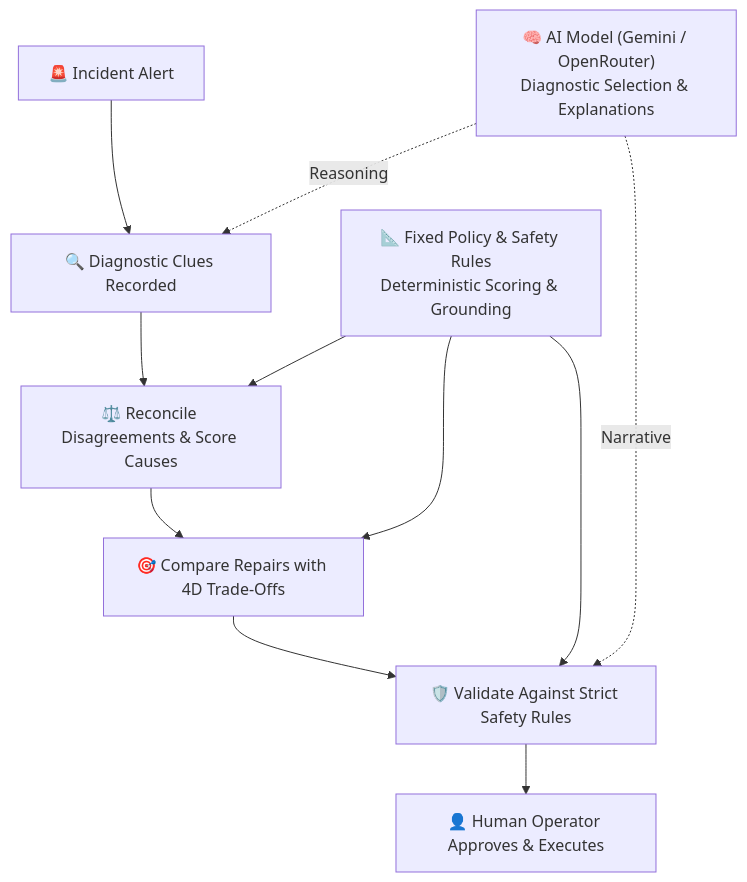
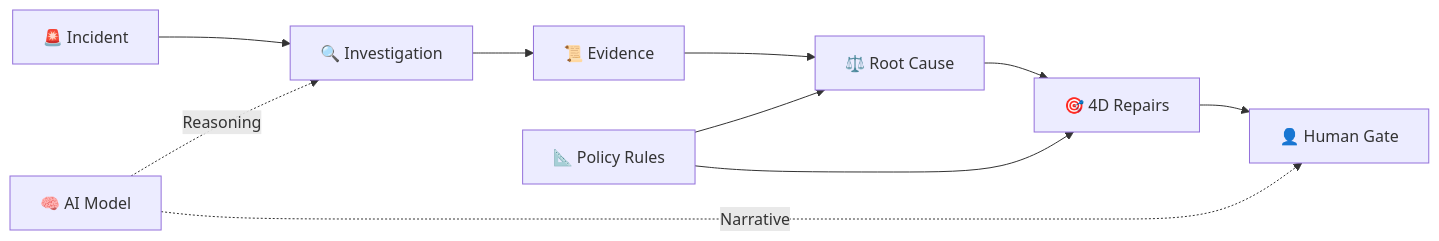
The third of 3 diagrams in README.md (AnasBabari/LEC_AI), drawn with Mermaid before and after one commit. The commit also changed other lines of this file, not shown here.

First line of the commit message:
docs(readme): streamline Mermaid diagrams into compact, clean, readable layouts

````diff
--- a/README.md
+++ b/README.md
@@ -146,14 +114,13 @@
 ```mermaid
-flowchart TD
-    A["🚨 Incident Alert"] --> B["🔍 Diagnostic Clues Recorded"]
-    B --> C["⚖️ Reconcile Disagreements & Score Causes"]
-    C --> D["🎯 Compare Repairs with 4D Trade-Offs"]
-    D --> E["🛡️ Validate Against Strict Safety Rules"]
-    E --> F["👤 Human Operator Approves & Executes"]
+flowchart LR
+    Incident["🚨 Incident"] --> Investigate["🔍 Investigation"]
+    Investigate --> Evidence["📜 Evidence"]
+    Evidence --> Cause["⚖️ Root Cause"]
+    Cause --> Repairs["🎯 4D Repairs"]
+    Repairs --> Human["👤 Human Gate"]
 
-    AI["🧠 AI Model (Gemini / OpenRouter)<br/>Diagnostic Selection & Explanations"] -.->|Reasoning| B
-    AI -.->|Narrative| E
-    Rules["📐 Fixed Policy & Safety Rules<br/>Deterministic Scoring & Grounding"] --> C
-    Rules --> D
-    Rules --> E
+    AI["🧠 AI Model"] -.->|Reasoning| Investigate
+    AI -.->|Narrative| Human
+    Rules["📐 Policy Rules"] --> Cause
+    Rules --> Repairs
 ```
````
